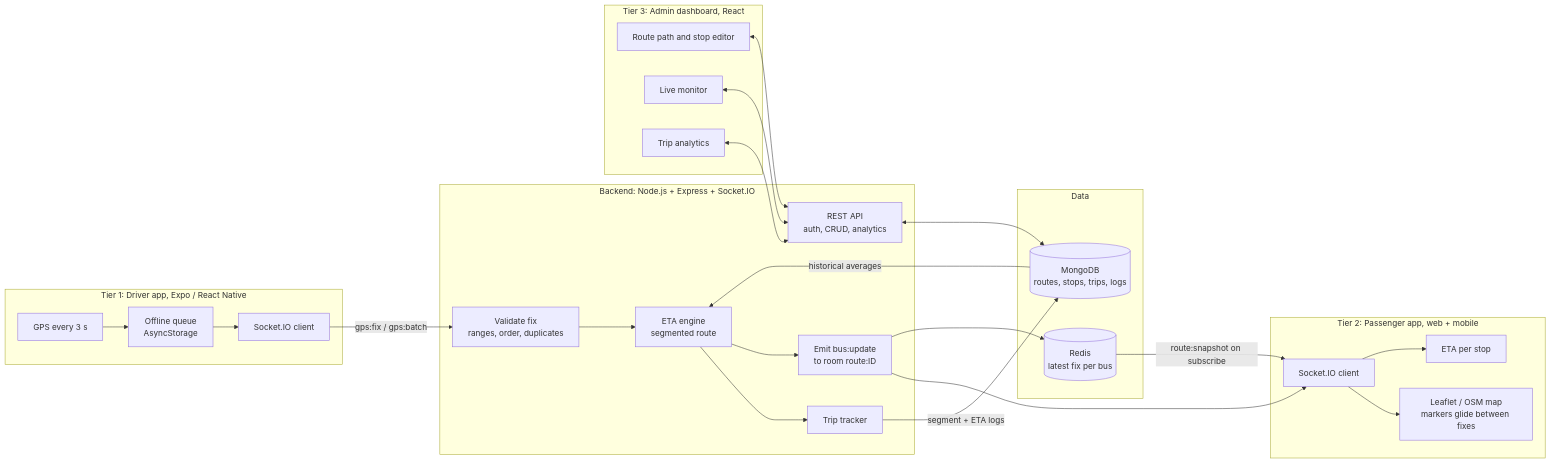
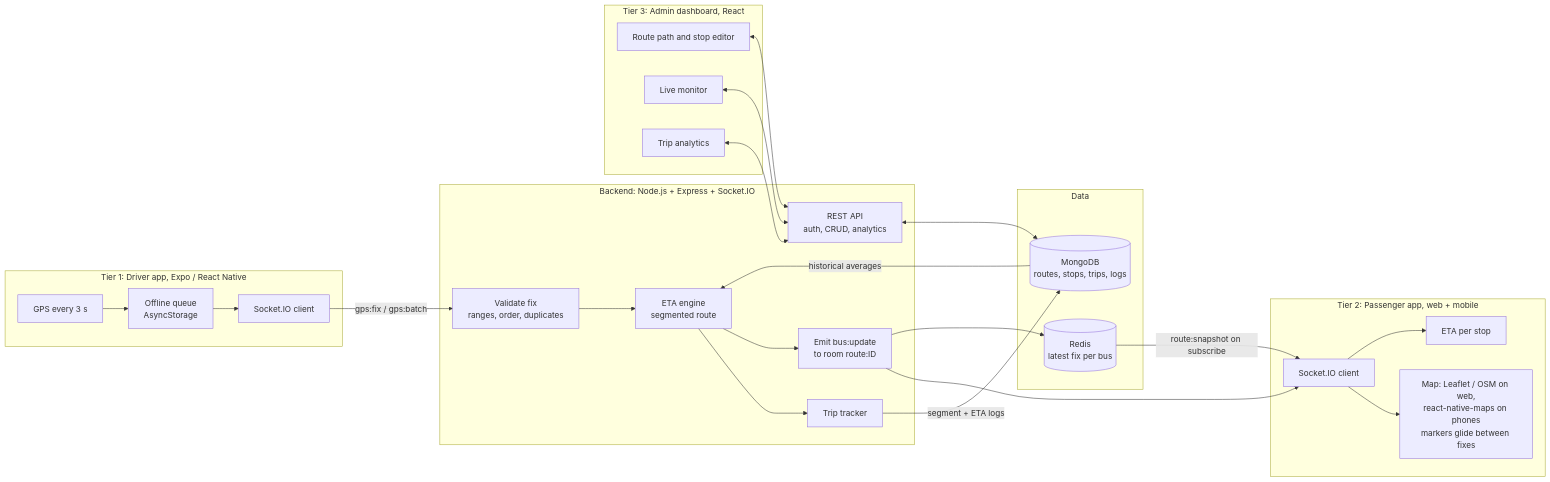
One commit to nadunkanishka/Smart-bus-tracking-system changed the diagram in docs/ARCHITECTURE.md. Above: the diagram before and after it, drawn with Mermaid. The commit also changed other lines of this file and 37 other files, not shown here.

````diff
--- a/docs/ARCHITECTURE.md
+++ b/docs/ARCHITECTURE.md
@@ -5,39 +5,39 @@
 ```mermaid
 flowchart LR
   subgraph Tier1[Tier 1: Driver app, Expo / React Native]
     GPS[GPS every 3 s] --> Q[Offline queue<br/>AsyncStorage]
     Q --> DS[Socket.IO client]
   end
 
   subgraph Backend[Backend: Node.js + Express + Socket.IO]
     V[Validate fix<br/>ranges, order, duplicates] --> ETA[ETA engine<br/>segmented route]
     ETA --> TT[Trip tracker]
     ETA --> PUB[Emit bus:update<br/>to room route:ID]
     REST[REST API<br/>auth, CRUD, analytics]
   end
 
   subgraph Data[Data]
     R[(Redis<br/>latest fix per bus)]
     M[(MongoDB<br/>routes, stops, trips, logs)]
   end
 
   subgraph Tier2[Tier 2: Passenger app, web + mobile]
-    PS[Socket.IO client] --> MAP[Leaflet / OSM map<br/>markers glide between fixes]
+    PS[Socket.IO client] --> MAP[Map: Leaflet / OSM on web,<br/>react-native-maps on phones<br/>markers glide between fixes]
     PS --> LIST[ETA per stop]
   end
 
   subgraph Tier3[Tier 3: Admin dashboard, React]
     ED[Route path and stop editor]
     LM[Live monitor]
     AN[Trip analytics]
   end
 
   DS -- gps:fix / gps:batch --> V
   PUB --> PS
   PUB --> R
   R -- route:snapshot on subscribe --> PS
   TT -- segment + ETA logs --> M
   M -- historical averages --> ETA
   ED & LM & AN <--> REST
   REST <--> M
 ```
````
